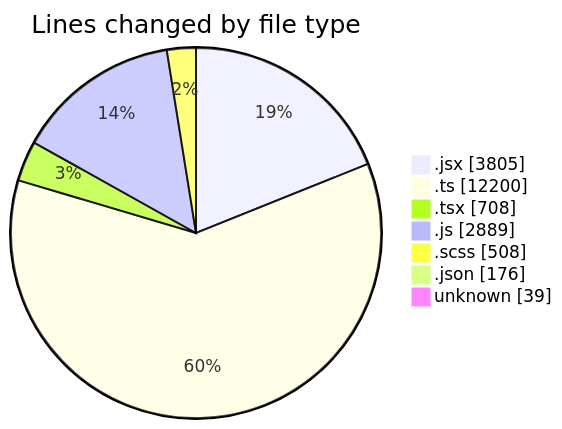
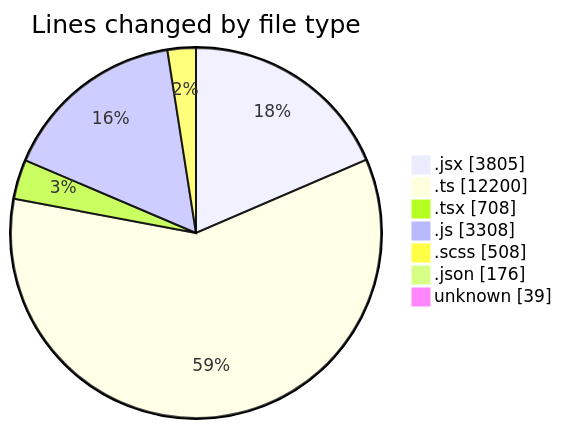
Before and after one commit to momahboobian/code-tracking: the first of 2 diagrams in 2025-06-05/cda/README.md, drawn with Mermaid. The commit also changed other lines of this file and 1 other file, not shown here.

````diff
--- a/2025-06-05/cda/README.md
+++ b/2025-06-05/cda/README.md
@@ -59,11 +60,11 @@
 ```mermaid
 pie showData
 title Lines changed by file type
 ".jsx" : 3805
 ".ts" : 12200
 ".tsx" : 708
-".js" : 2889
+".js" : 3308
 ".scss" : 508
 ".json" : 176
 "unknown" : 39
 ```
````
